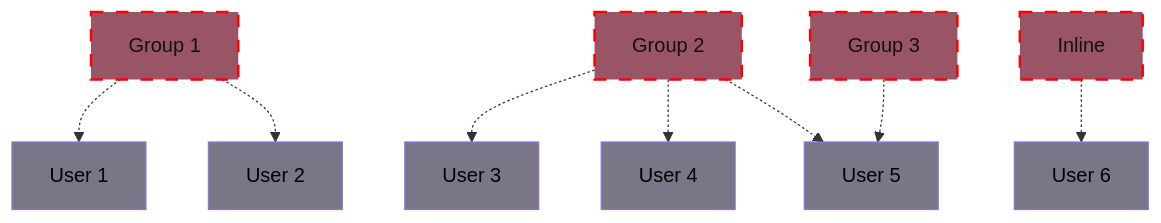
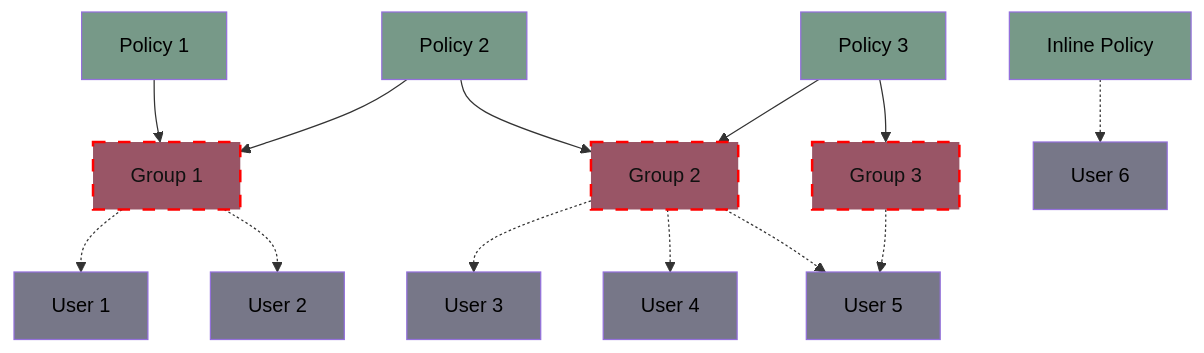
Before and after one commit to CSpyridakis/notes: the third of 5 diagrams in AWS/services/iam.md, drawn with Mermaid. The commit also changed other lines of this file, not shown here.

````diff
--- a/AWS/services/iam.md
+++ b/AWS/services/iam.md
@@ -112,34 +112,49 @@
 ```mermaid
 flowchart TD
+
+%% Policies
+policy1["Policy 1"]:::policiesclass
+policy2["Policy 2"]:::policiesclass
+policy3["Policy 3"]:::policiesclass
+policy4["Policy 4"]:::policiesclass
+policy4["Inline Policy"]:::policiesclass
 
 %% Groups
 group1["Group 1"]:::groupsclass
 group2["Group 2"]:::groupsclass
 group3["Group 3"]:::groupsclass
-group4["Inline"]:::groupsclass
 
 %% Users
 user1["User 1"]:::usersclass
 user2["User 2"]:::usersclass
 user3["User 3"]:::usersclass
 user4["User 4"]:::usersclass
 user5["User 5"]:::usersclass
 user6["User 6"]:::usersclass
 
 %% Connections
+policy1 --> group1
+
+policy2 --> group1
+policy2 --> group2
+
+policy3 --> group2
+policy3 --> group3
+
 group1 -.-> user1
 group1 -.-> user2
 
 group2 -.-> user3
 group2 -.-> user4
 
 group2 -.-> user5
 group3 -.-> user5
 
-group4 -.-> user6
+policy4 -.-> user6
 
 %% Styles
+classDef policiesclass fill:#798, color:#000
 classDef groupsclass fill:#956,stroke:#f00,stroke-width:2px,color:#111,stroke-dasharray: 10 10
 classDef usersclass fill:#778, color:#000
 
 ```
````
